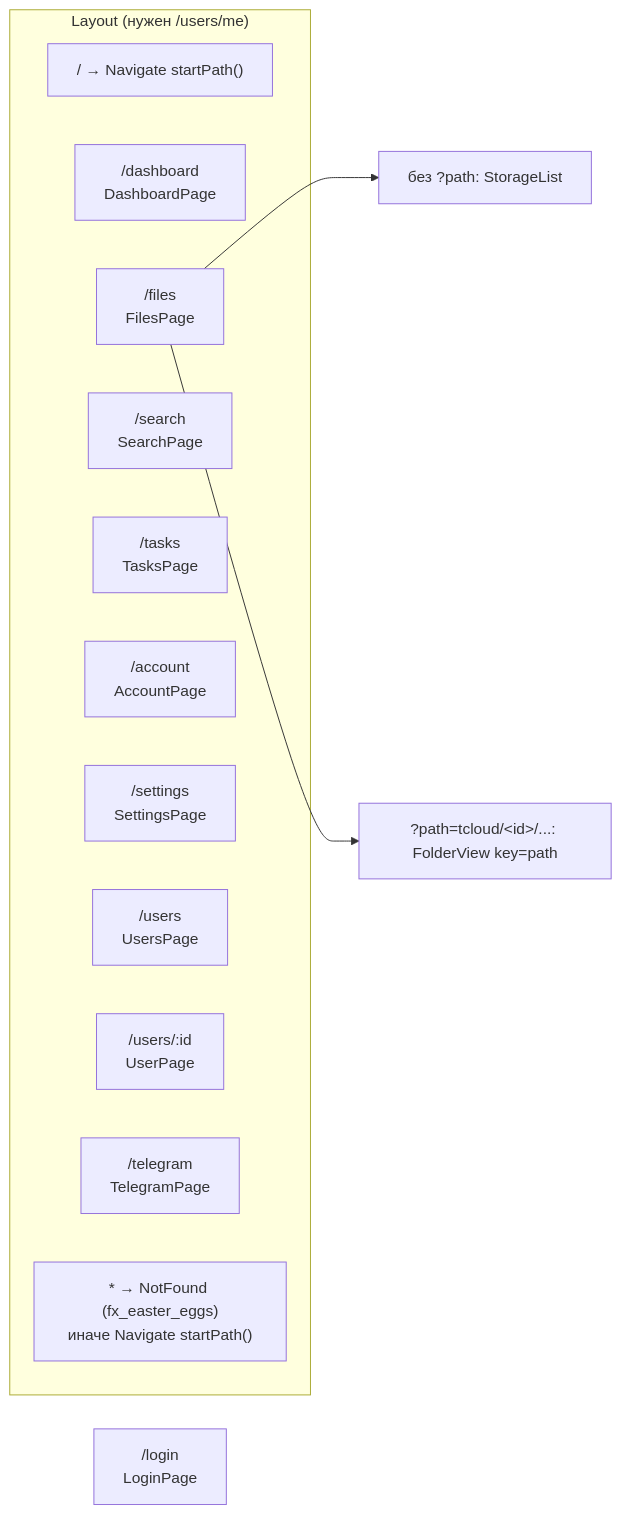
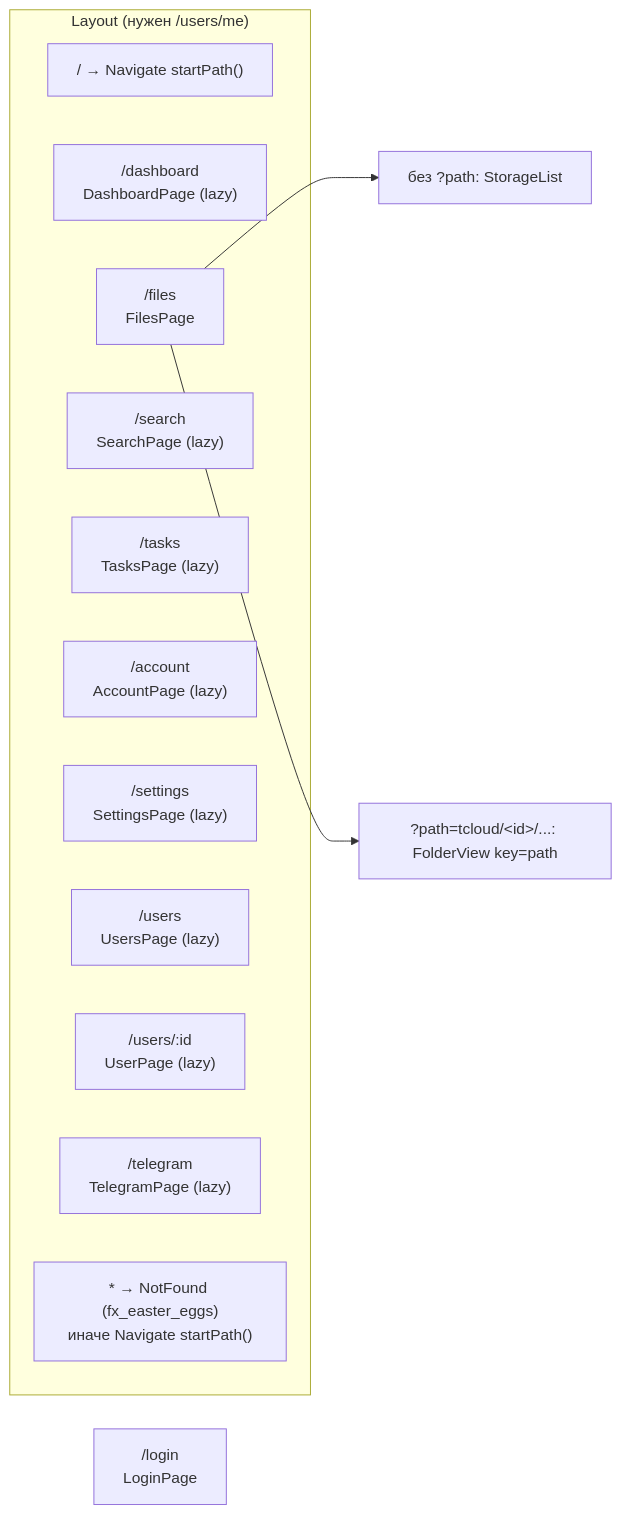
One commit to NikitkaZXC/tcloud-frontend changed the second of 7 diagrams in docs/architecture.md. Above: the diagram before and after it, drawn with Mermaid. The commit also changed other lines of this file and 4 other files, not shown here.

````diff
--- a/docs/architecture.md
+++ b/docs/architecture.md
@@ -36,19 +36,19 @@
 ```mermaid
 flowchart LR
     login["/login<br/>LoginPage"]
     subgraph shell["Layout (нужен /users/me)"]
         index["/ → Navigate startPath()"]
-        dash["/dashboard<br/>DashboardPage"]
+        dash["/dashboard<br/>DashboardPage (lazy)"]
         files["/files<br/>FilesPage"]
-        search["/search<br/>SearchPage"]
-        tasks["/tasks<br/>TasksPage"]
-        account["/account<br/>AccountPage"]
-        settings["/settings<br/>SettingsPage"]
-        users["/users<br/>UsersPage"]
-        user["/users/:id<br/>UserPage"]
-        tg["/telegram<br/>TelegramPage"]
+        search["/search<br/>SearchPage (lazy)"]
+        tasks["/tasks<br/>TasksPage (lazy)"]
+        account["/account<br/>AccountPage (lazy)"]
+        settings["/settings<br/>SettingsPage (lazy)"]
+        users["/users<br/>UsersPage (lazy)"]
+        user["/users/:id<br/>UserPage (lazy)"]
+        tg["/telegram<br/>TelegramPage (lazy)"]
         star["* → NotFound (fx_easter_eggs)<br/>иначе Navigate startPath()"]
     end
     files --> list["без ?path: StorageList"]
     files --> folder["?path=tcloud/&lt;id&gt;/...: FolderView key=path"]
 ```
````
